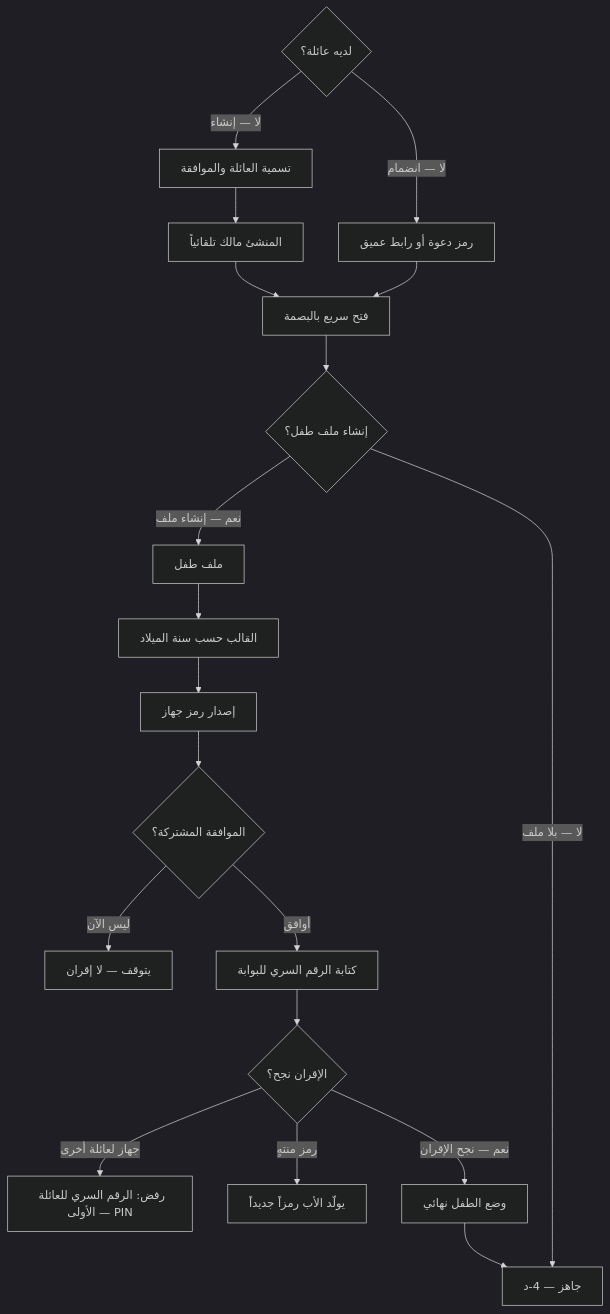
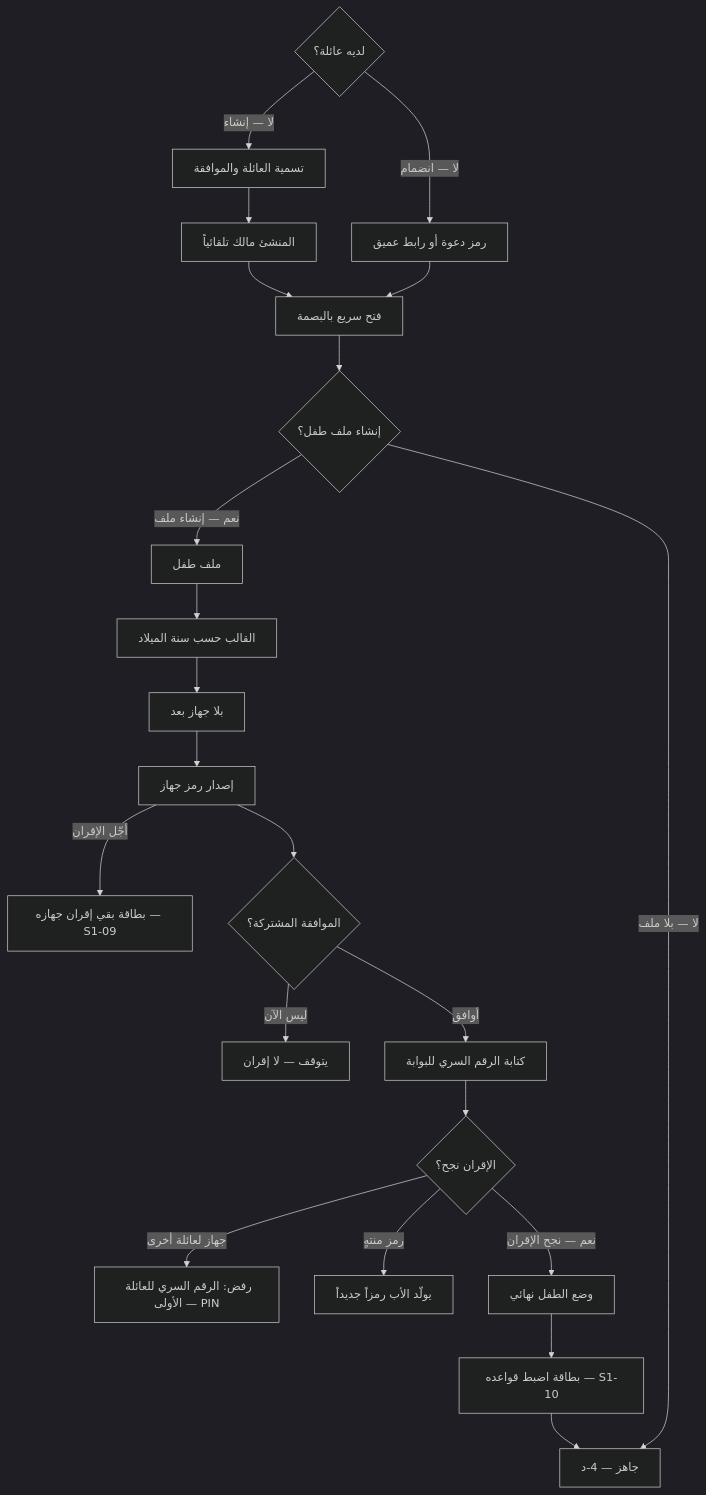
Before and after one commit to Bassam-mohammed-alqaeadi/family-os-v2: diagram 25 of 36 in docs/family-os/governance/phases/phase-1/S1-02-identity-and-onboarding/DIAGRAMS.md, drawn with Mermaid (dark theme). The commit also changed other lines of this file, not shown here.

Commit message:
Q-440: S1-02 — الطفل بلا جهاز بعد وطلب «لوني وصورتي»

````diff
--- a/docs/family-os/governance/phases/phase-1/S1-02-identity-and-onboarding/DIAGRAMS.md
+++ b/docs/family-os/governance/phases/phase-1/S1-02-identity-and-onboarding/DIAGRAMS.md
@@ -1009,22 +1017,25 @@
 ```mermaid
 flowchart TD
     Fam{لديه عائلة؟}
     Fam -->|لا — إنشاء| Create[تسمية العائلة والموافقة]
     Create --> Owner[المنشئ مالك تلقائياً]
     Fam -->|لا — انضمام| Join[رمز دعوة أو رابط عميق]
     Owner --> Bio[فتح سريع بالبصمة]
     Join --> Bio
     Bio --> ChildQ{إنشاء ملف طفل؟}
     ChildQ -->|نعم — إنشاء ملف| ChildProf[ملف طفل]
     ChildProf --> Template[القالب حسب سنة الميلاد]
-    Template --> Pair[إصدار رمز جهاز]
+    Template --> NoDev[بلا جهاز بعد]
+    NoDev --> Pair[إصدار رمز جهاز]
+    Pair -->|أجّل الإقران| Defer[بطاقة بقي إقران جهازه — S1-09]
     Pair --> Consent{الموافقة المشتركة؟}
     Consent -->|ليس الآن| NotNow[يتوقف — لا إقران]
     Consent -->|أوافق| GatePin[كتابة الرقم السري للبوابة]
     GatePin --> PairOK{الإقران نجح؟}
     PairOK -->|جهاز لعائلة أخرى| PairNo[رفض: الرقم السري للعائلة الأولى — PIN]
     PairOK -->|رمز منتهٍ| PairExp[يولّد الأب رمزاً جديداً]
     PairOK -->|نعم — نجح الإقران| Mode[وضع الطفل نهائي]
     ChildQ -->|لا — بلا ملف| ReadyX[جاهز — 4-د]
-    Mode --> ReadyX
+    Mode --> Rules[بطاقة اضبط قواعده — S1-10]
+    Rules --> ReadyX
 ```
````
